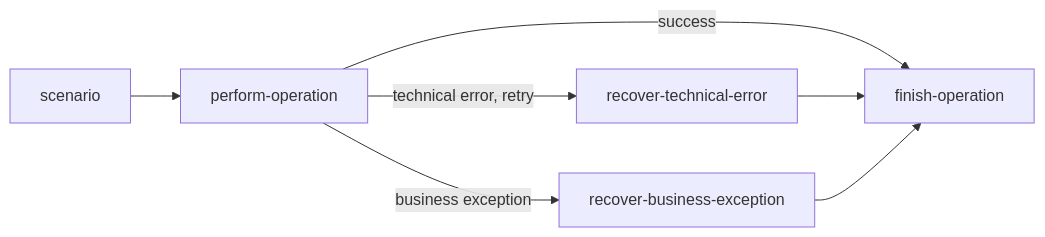
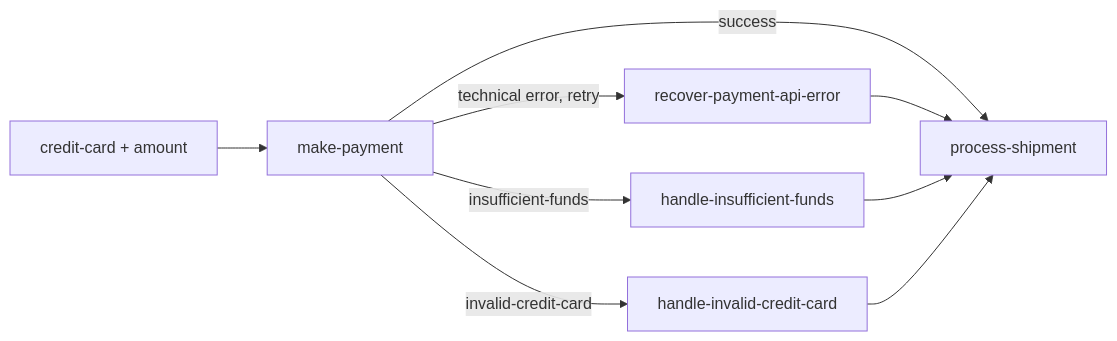
The diagram in examples/lh-server/java/35-task-failures/README.md (littlehorse-enterprises/lh-developer-hub), drawn with Mermaid before and after one commit. The commit also changed other lines of this file and 3 other files, not shown here.

Commit message:
feat: improve task-failures example to make business sense

````diff
--- a/examples/lh-server/java/35-task-failures/README.md
+++ b/examples/lh-server/java/35-task-failures/README.md
@@ -15,9 +16,11 @@
 ```mermaid
 flowchart LR
-    A[scenario] --> B[perform-operation]
-    B -->|success| C[finish-operation]
-    B -->|technical error, retry| D[recover-technical-error]
-    B -->|business exception| E[recover-business-exception]
+    A[credit-card + amount] --> B[make-payment]
+    B -->|success| C[process-shipment]
+    B -->|technical error, retry| D[recover-payment-api-error]
+    B -->|insufficient-funds| E[handle-insufficient-funds]
+    B -->|invalid-credit-card| F[handle-invalid-credit-card]
     D --> C
     E --> C
+    F --> C
 ```
````
